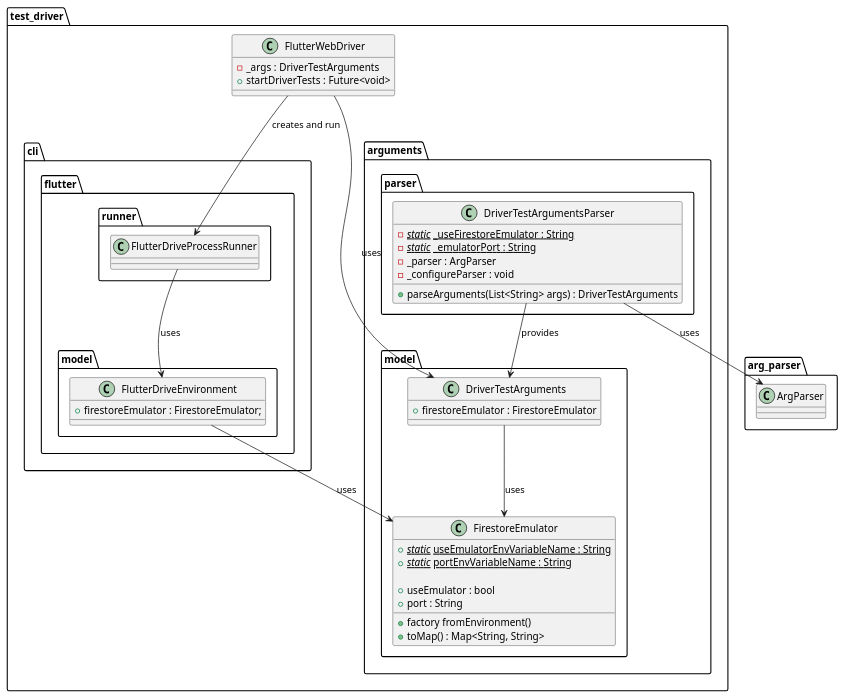
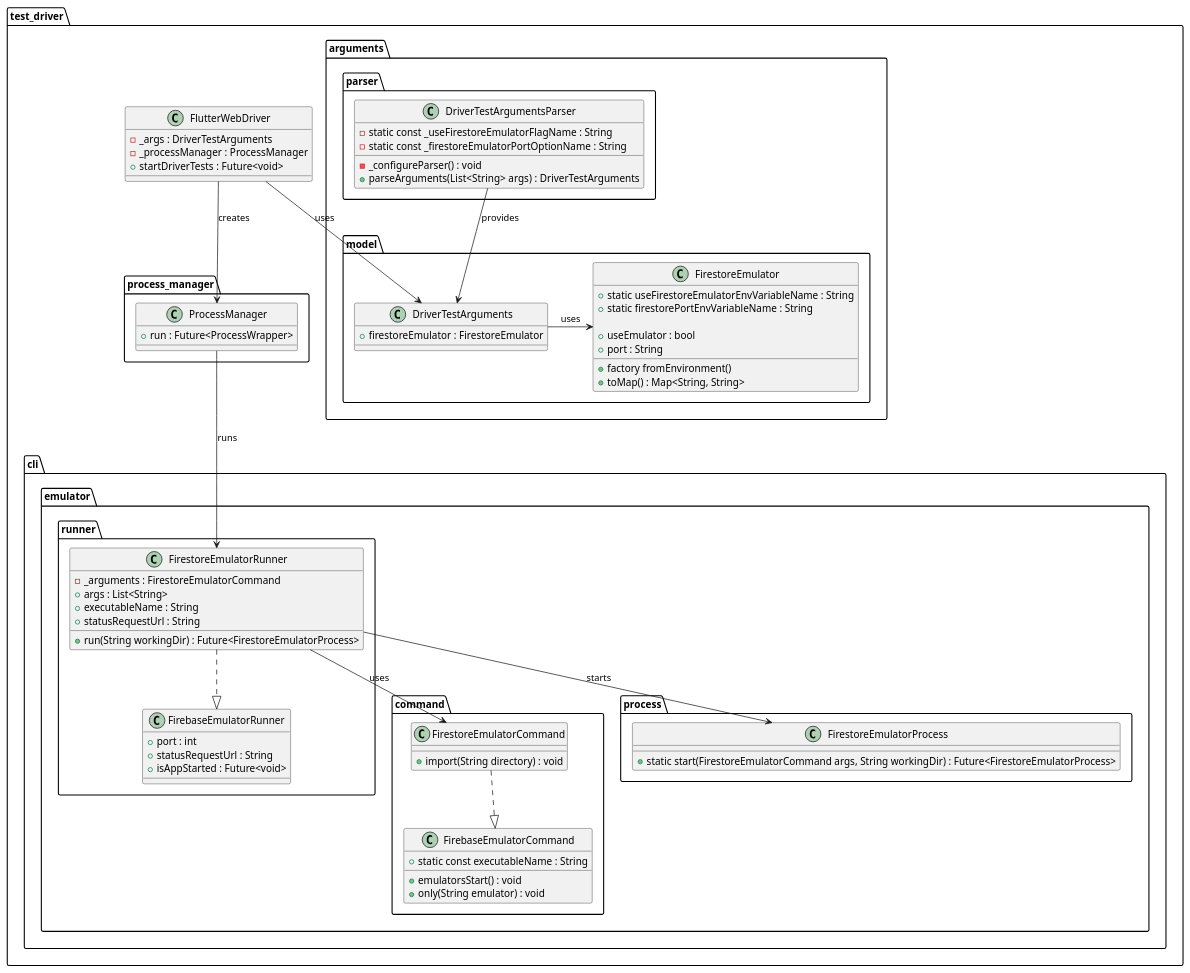
One commit to Flank/flank-dashboard changed the diagram in metrics/web/docs/features/firestore_emulator_for_driver_tests/diagrams/firestore_emulator_class_diagram.puml. Above: the diagram before and after it, drawn with PlantUML. The commit also changed 2 other files, not shown here.

Commit message:
Add class and sequence diagrams

```diff
--- a/metrics/web/docs/features/firestore_emulator_for_driver_tests/diagrams/firestore_emulator_class_diagram.puml
+++ b/metrics/web/docs/features/firestore_emulator_for_driver_tests/diagrams/firestore_emulator_class_diagram.puml
@@ -1,64 +1,90 @@
 @startuml firestore_emulator_class_diagram
-
-package arg_parser {
-    class ArgParser {}
-}
 
 package test_driver {
     class FlutterWebDriver {
         - _args : DriverTestArguments
+        - _processManager : ProcessManager
         + startDriverTests : Future<void>  
     }
 
     package arguments {
+        package parser {
+            class DriverTestArgumentsParser {
+                - static const _useFirestoreEmulatorFlagName : String
+                - static const _firestoreEmulatorPortOptionName : String
+                - _configureParser() : void
+                + parseArguments(List<String> args) : DriverTestArguments
+            }
+        } 
+
         package model {
             class DriverTestArguments {
                 + firestoreEmulator : FirestoreEmulator
             }
 
             class FirestoreEmulator {
-                + {static} //static// useEmulatorEnvVariableName : String
-                + {static} //static// portEnvVariableName : String
+                + static useFirestoreEmulatorEnvVariableName : String
+                + static firestorePortEnvVariableName : String
 
                 + useEmulator : bool
                 + port : String
 
                 + factory fromEnvironment()
                 + toMap() : Map<String, String>
             }
         }
+    }
 
-        package parser {
-            class DriverTestArgumentsParser {
-                - {static} //static// _useFirestoreEmulator : String
-                - {static} //static// _emulatorPort : String
-                - _parser : ArgParser
-                - _configureParser : void
+    package cli {
+        package emulator {
+            package runner {
+                class FirebaseEmulatorRunner {
+                    + port : int
+                    + statusRequestUrl : String
+                    + isAppStarted : Future<void>
+                }
+                class FirestoreEmulatorRunner {
+                    - _arguments : FirestoreEmulatorCommand
+                    + args : List<String>
+                    + executableName : String
+                    + statusRequestUrl : String
+                    + run(String workingDir) : Future<FirestoreEmulatorProcess>
+                }
+            }
+            package command {
+                class FirebaseEmulatorCommand {
+                    + static const executableName : String
+                    + emulatorsStart() : void
+                    + only(String emulator) : void
+                }
+                class FirestoreEmulatorCommand {
+                    + import(String directory) : void
+                }
+            }
+            package process {
 
-                + parseArguments(List<String> args) : DriverTestArguments
+                class FirestoreEmulatorProcess {
+                    + static start(FirestoreEmulatorCommand args, String workingDir) : Future<FirestoreEmulatorProcess>
+                }
             }
         }
     }
 
-    package cli.flutter {
-        package model as cli_flutter_model {
-                class FlutterDriveEnvironment {
-                + firestoreEmulator : FirestoreEmulator;
-            }
-        }
-
-        package runner {
-            class FlutterDriveProcessRunner {}
+    package process_manager {
+        class ProcessManager {
+            + run : Future<ProcessWrapper>
         }
     }
 }
 
-DriverTestArgumentsParser --> ArgParser : uses
+FlutterWebDriver --> DriverTestArguments : uses
+DriverTestArguments -> FirestoreEmulator : uses
+FlutterWebDriver --> ProcessManager : creates
+ProcessManager --> FirestoreEmulatorRunner : runs
+FirestoreEmulatorRunner --> FirestoreEmulatorCommand : uses
+FirestoreEmulatorRunner --> FirestoreEmulatorProcess : starts
+FirestoreEmulatorRunner ..|> FirebaseEmulatorRunner
 DriverTestArgumentsParser --> DriverTestArguments : provides
-DriverTestArguments --> FirestoreEmulator : uses
-FlutterDriveEnvironment --> FirestoreEmulator : uses
-FlutterWebDriver --> FlutterDriveProcessRunner : creates and run
-FlutterWebDriver --> DriverTestArguments : uses
-FlutterDriveProcessRunner --> FlutterDriveEnvironment : uses
+FirestoreEmulatorCommand ..|> FirebaseEmulatorCommand
 
 @enduml
```
